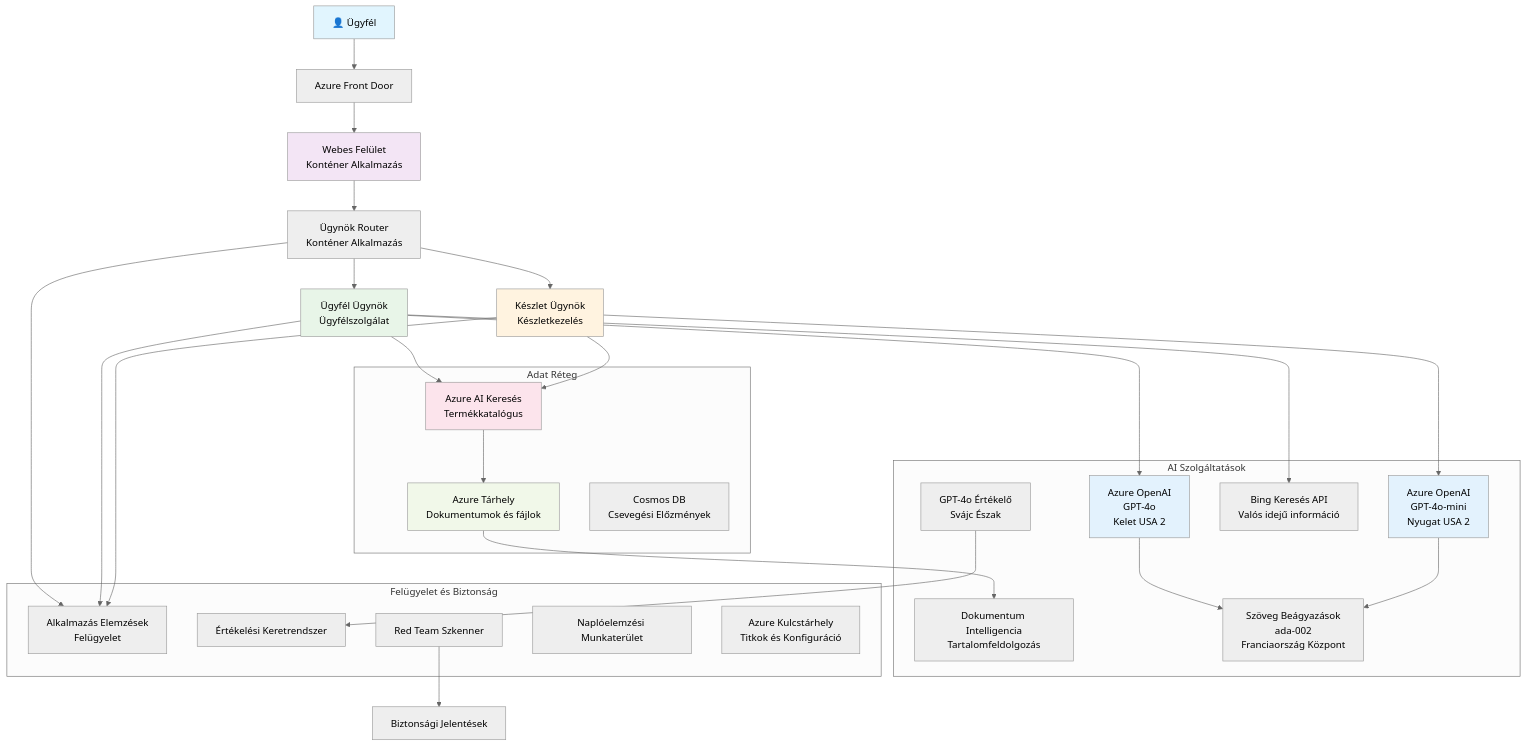
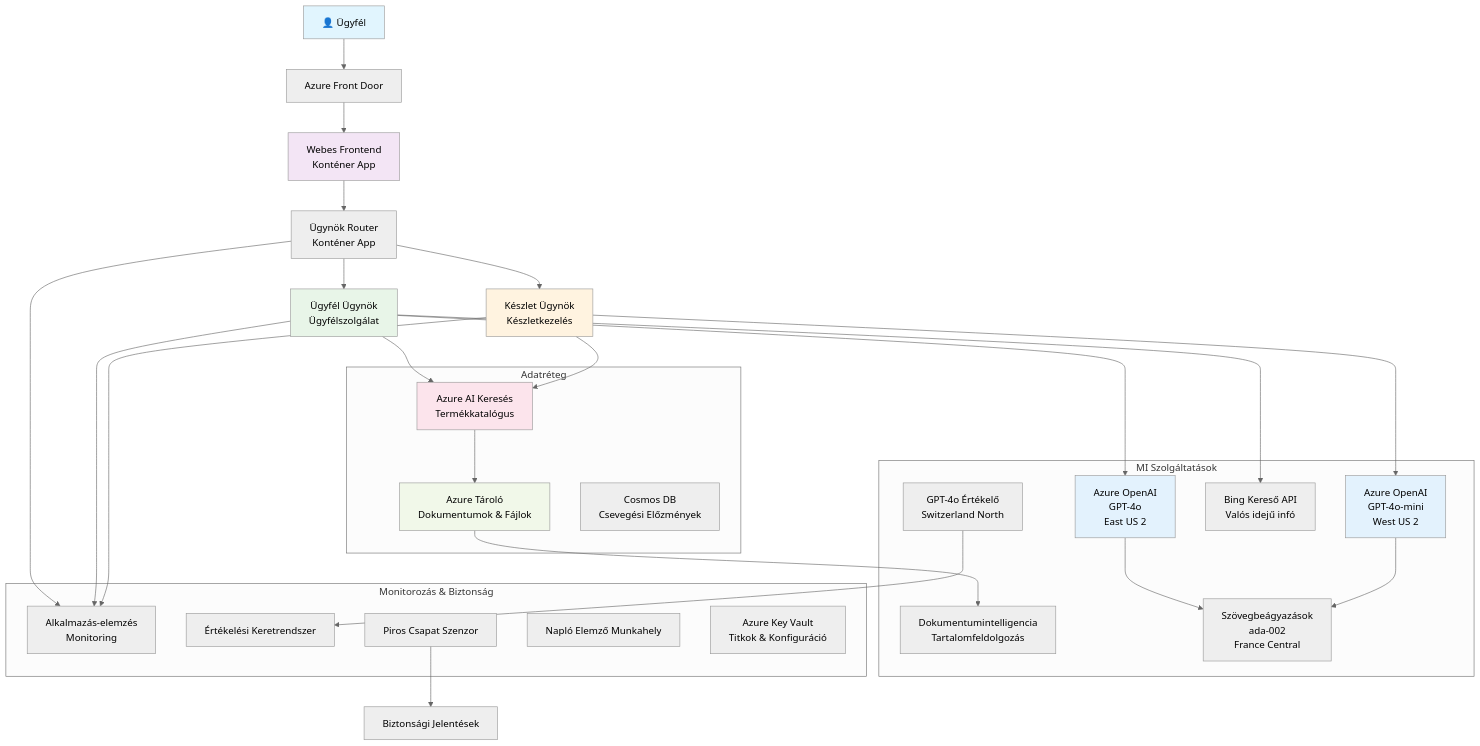
Before and after one commit to microsoft/AZD-for-beginners: the diagram in translations/hu/examples/retail-scenario.md, drawn with Mermaid (neutral theme). The commit also changed other lines of this file and 243 other files, not shown here.

````diff
--- a/translations/hu/examples/retail-scenario.md
+++ b/translations/hu/examples/retail-scenario.md
@@ -148,61 +139,61 @@
 ```mermaid
 graph TB
     User[👤 Ügyfél] --> LB[Azure Front Door]
-    LB --> WebApp[Webes Felület<br/>Konténer Alkalmazás]
+    LB --> WebApp[Webes Frontend<br/>Konténer App]
     
-    WebApp --> Router[Ügynök Router<br/>Konténer Alkalmazás]
+    WebApp --> Router[Ügynök Router<br/>Konténer App]
     Router --> CustomerAgent[Ügyfél Ügynök<br/>Ügyfélszolgálat]
     Router --> InvAgent[Készlet Ügynök<br/>Készletkezelés]
     
-    CustomerAgent --> OpenAI1[Azure OpenAI<br/>GPT-4o<br/>Kelet USA 2]
-    InvAgent --> OpenAI2[Azure OpenAI<br/>GPT-4o-mini<br/>Nyugat USA 2]
+    CustomerAgent --> OpenAI1[Azure OpenAI<br/>GPT-4o<br/>East US 2]
+    InvAgent --> OpenAI2[Azure OpenAI<br/>GPT-4o-mini<br/>West US 2]
     
     CustomerAgent --> AISearch[Azure AI Keresés<br/>Termékkatalógus]
-    CustomerAgent --> BingSearch[Bing Keresés API<br/>Valós idejű információ]
+    CustomerAgent --> BingSearch[Bing Kereső API<br/>Valós idejű infó]
     InvAgent --> AISearch
     
-    AISearch --> Storage[Azure Tárhely<br/>Dokumentumok és fájlok]
-    Storage --> DocIntel[Dokumentum Intelligencia<br/>Tartalomfeldolgozás]
+    AISearch --> Storage[Azure Tároló<br/>Dokumentumok & Fájlok]
+    Storage --> DocIntel[Dokumentumintelligencia<br/>Tartalomfeldolgozás]
     
-    OpenAI1 --> Embeddings[Szöveg Beágyazások<br/>ada-002<br/>Franciaország Központ]
+    OpenAI1 --> Embeddings[Szövegbeágyazások<br/>ada-002<br/>France Central]
     OpenAI2 --> Embeddings
     
-    Router --> AppInsights[Alkalmazás Elemzések<br/>Felügyelet]
+    Router --> AppInsights[Alkalmazás-elemzés<br/>Monitoring]
     CustomerAgent --> AppInsights
     InvAgent --> AppInsights
     
-    GraderModel[GPT-4o Értékelő<br/>Svájc Észak] --> Evaluation[Értékelési Keretrendszer]
-    RedTeam[Red Team Szkenner] --> SecurityReports[Biztonsági Jelentések]
+    GraderModel[GPT-4o Értékelő<br/>Switzerland North] --> Evaluation[Értékelési Keretrendszer]
+    RedTeam[Piros Csapat Szenzor] --> SecurityReports[Biztonsági Jelentések]
     
-    subgraph "Adat Réteg"
+    subgraph "Adatréteg"
         Storage
         AISearch
         CosmosDB[Cosmos DB<br/>Csevegési Előzmények]
     end
     
-    subgraph "AI Szolgáltatások"
+    subgraph "MI Szolgáltatások"
         OpenAI1
         OpenAI2
         Embeddings
         GraderModel
         DocIntel
         BingSearch
     end
     
-    subgraph "Felügyelet és Biztonság"
+    subgraph "Monitorozás & Biztonság"
         AppInsights
-        LogAnalytics[Naplóelemzési Munkaterület]
-        KeyVault[Azure Kulcstárhely<br/>Titkok és Konfiguráció]
+        LogAnalytics[Napló Elemző Munkahely]
+        KeyVault[Azure Key Vault<br/>Titkok & Konfiguráció]
         RedTeam
         Evaluation
     end
     
     style User fill:#e1f5fe
     style WebApp fill:#f3e5f5
     style CustomerAgent fill:#e8f5e8
     style InvAgent fill:#fff3e0
     style OpenAI1 fill:#e3f2fd
     style OpenAI2 fill:#e3f2fd
     style AISearch fill:#fce4ec
     style Storage fill:#f1f8e9
 ```
````
